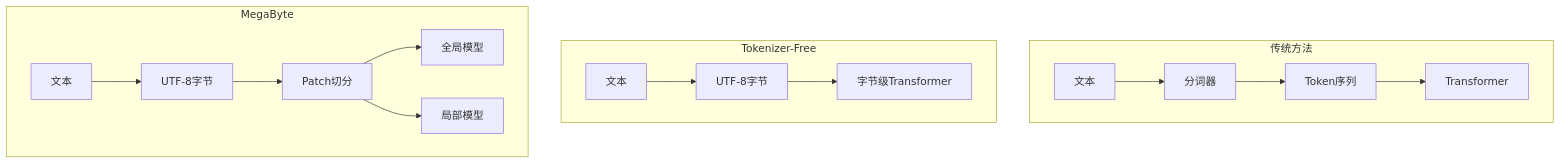
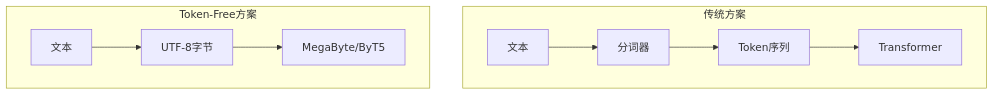
Before and after one commit to kyksj-1/LLM-from-0: the third of 3 diagrams in 01_tokenization/advanced.md, drawn with Mermaid. The commit also changed other lines of this file and 2 other files, not shown here.

````diff
--- a/01_tokenization/advanced.md
+++ b/01_tokenization/advanced.md
@@ -210,16 +182,10 @@
 ```mermaid
 graph TB
-    subgraph "传统方法"
+    subgraph "传统方案"
         A1[文本] --> A2[分词器] --> A3[Token序列] --> A4[Transformer]
     end
 
-    subgraph "Tokenizer-Free"
-        B1[文本] --> B2[UTF-8字节] --> B3[字节级Transformer]
-    end
-
-    subgraph "MegaByte"
-        C1[文本] --> C2[UTF-8字节] --> C3[Patch切分]
-        C3 --> C4[全局模型]
-        C3 --> C5[局部模型]
+    subgraph "Token-Free方案"
+        B1[文本] --> B2[UTF-8字节] --> B3[MegaByte/ByT5]
     end
 ```
````
